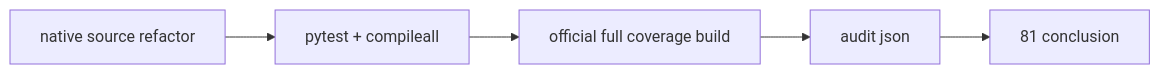
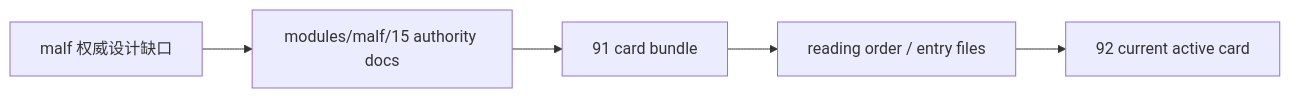
The diagram in docs/03-execution/records/91-malf-timeframe-native-base-source-rebind-record-20260418.md (everything-is-simple/lifespan-0.01), drawn with Mermaid before and after one commit. The commit also changed other lines of this file and 17 other files, not shown here.

Commit message:
docs: freeze malf origin semantic gap card

````diff
--- a/docs/03-execution/records/91-malf-timeframe-native-base-source-rebind-record-20260418.md
+++ b/docs/03-execution/records/91-malf-timeframe-native-base-source-rebind-record-20260418.md
@@ -26,7 +25,7 @@
 ```mermaid
 flowchart LR
-    CODE["native source refactor"] --> TEST["pytest + compileall"]
-    TEST --> BUILD["official full coverage build"]
-    BUILD --> AUD["audit json"]
-    AUD --> CON["81 conclusion"]
+    GAP["malf 权威设计缺口"] --> DOC15["modules/malf/15 authority docs"]
+    DOC15 --> CARD91["91 card bundle"]
+    CARD91 --> INDEX["reading order / entry files"]
+    INDEX --> NEXT["92 current active card"]
 ```
````
